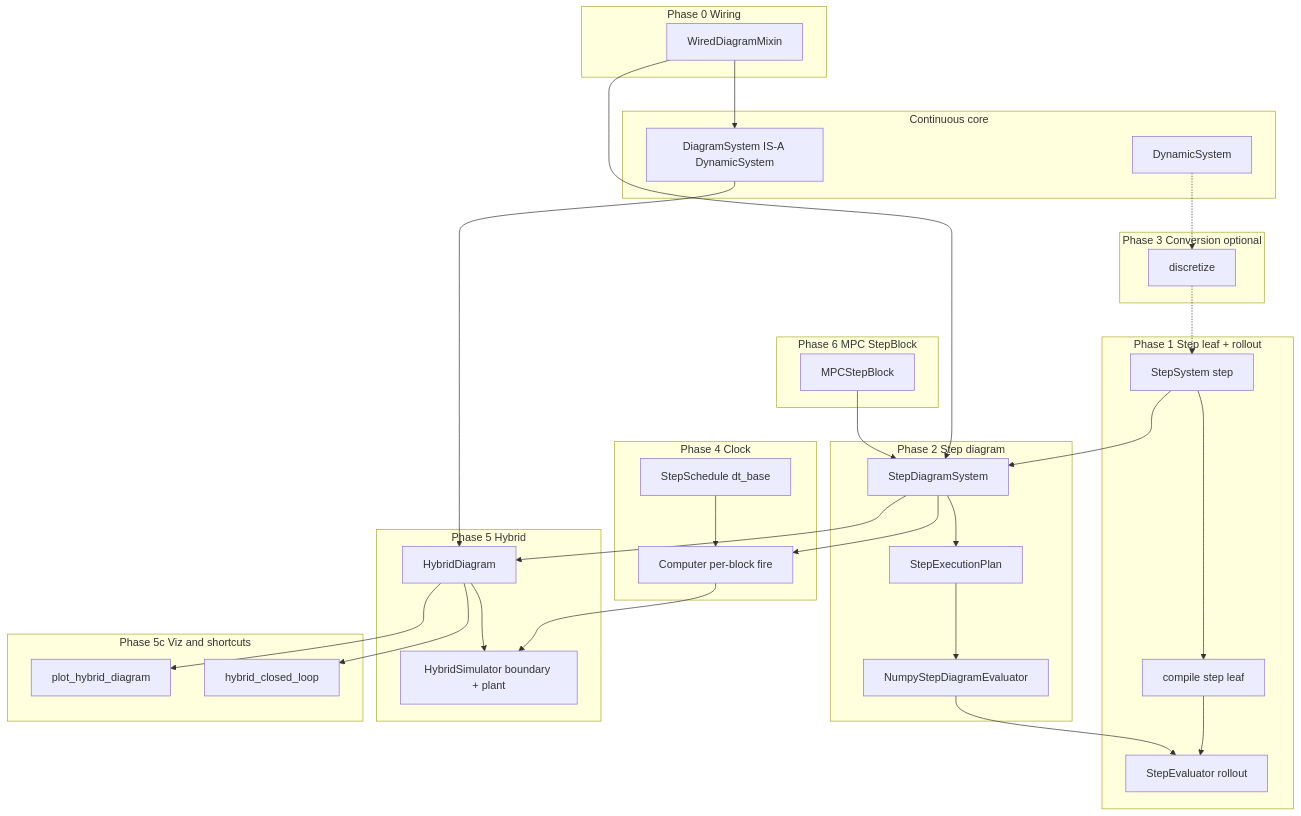
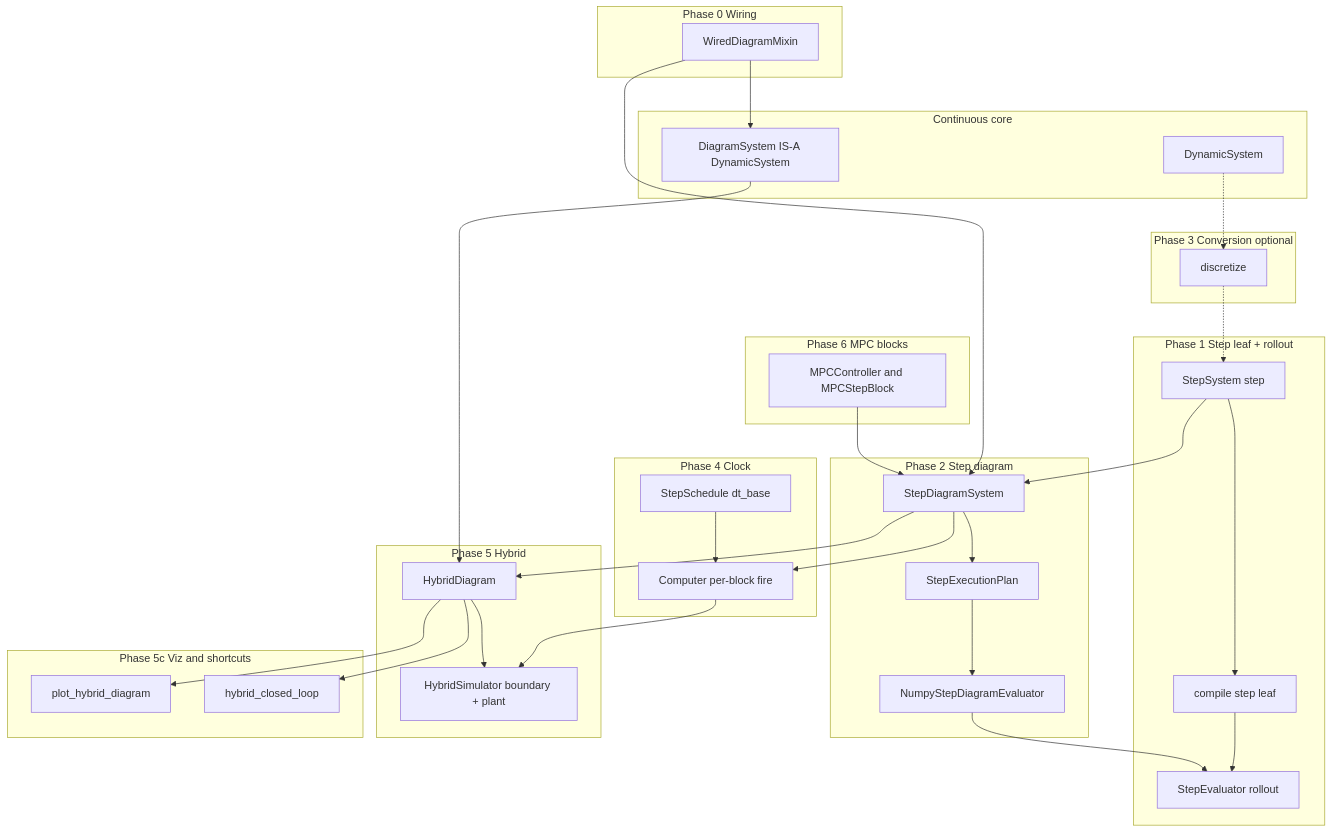
One commit to alx87grd/minilink changed the diagram in docs/plans/hybrid-discrete/00-master-plan.md. Above: the diagram before and after it, drawn with Mermaid. The commit also changed other lines of this file and 1 other file, not shown here.

First line of the commit message:
Document Phase 6 MPC block plan (algebraic 6a, step 6b).

````diff
--- a/docs/plans/hybrid-discrete/00-master-plan.md
+++ b/docs/plans/hybrid-discrete/00-master-plan.md
@@ -141,61 +140,61 @@
 ```mermaid
 flowchart TB
     subgraph P0 [Phase 0 Wiring]
         WIR[WiredDiagramMixin]
     end
 
     subgraph P1 [Phase 1 Step leaf + rollout]
         SS[StepSystem step]
         CSL[compile step leaf]
         SR[StepEvaluator rollout]
     end
 
     subgraph P2 [Phase 2 Step diagram]
         SDS[StepDiagramSystem]
         SEP[StepExecutionPlan]
         SDE[NumpyStepDiagramEvaluator]
     end
 
     subgraph P3 [Phase 3 Conversion optional]
         DISC[discretize]
     end
 
     subgraph P4 [Phase 4 Clock]
         SCH[StepSchedule dt_base]
         COMP[Computer per-block fire]
     end
 
     subgraph P5 [Phase 5 Hybrid]
         HD[HybridDiagram]
         HS[HybridSimulator boundary + plant]
     end
 
     subgraph P5c [Phase 5c Viz and shortcuts]
         PLOT[plot_hybrid_diagram]
         HCL[hybrid_closed_loop]
     end
 
-    subgraph P6 [Phase 6 MPC StepBlock]
-        MPC[MPCStepBlock]
+    subgraph P6 [Phase 6 MPC blocks]
+        MPC[MPCController and MPCStepBlock]
     end
 
     subgraph Cont [Continuous core]
         DS[DynamicSystem]
         DF[DiagramSystem IS-A DynamicSystem]
     end
 
     WIR --> DF
     WIR --> SDS
     SS --> CSL --> SR
     SS --> SDS --> SEP --> SDE --> SR
     DS -.-> DISC -.-> SS
     SDS --> COMP
     SCH --> COMP
     COMP --> HS
     SDS --> HD
     DF --> HD
     HD --> HS
     HD --> PLOT
     HD --> HCL
     MPC --> SDS
 ```
````
